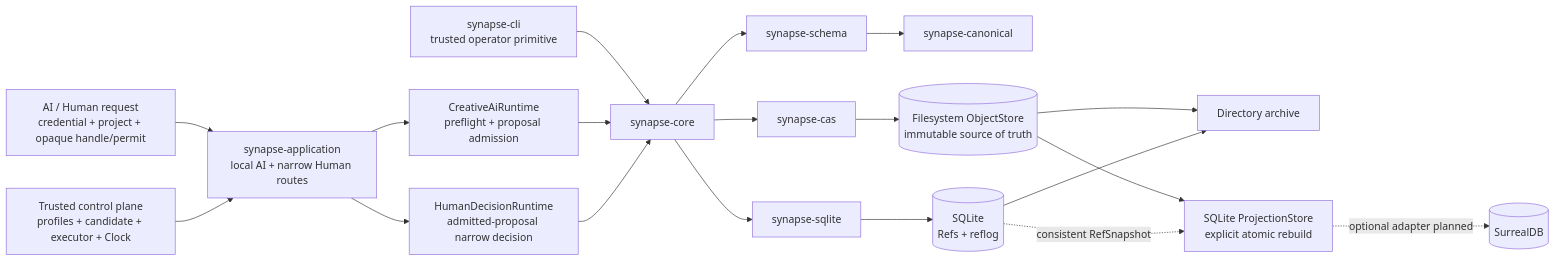
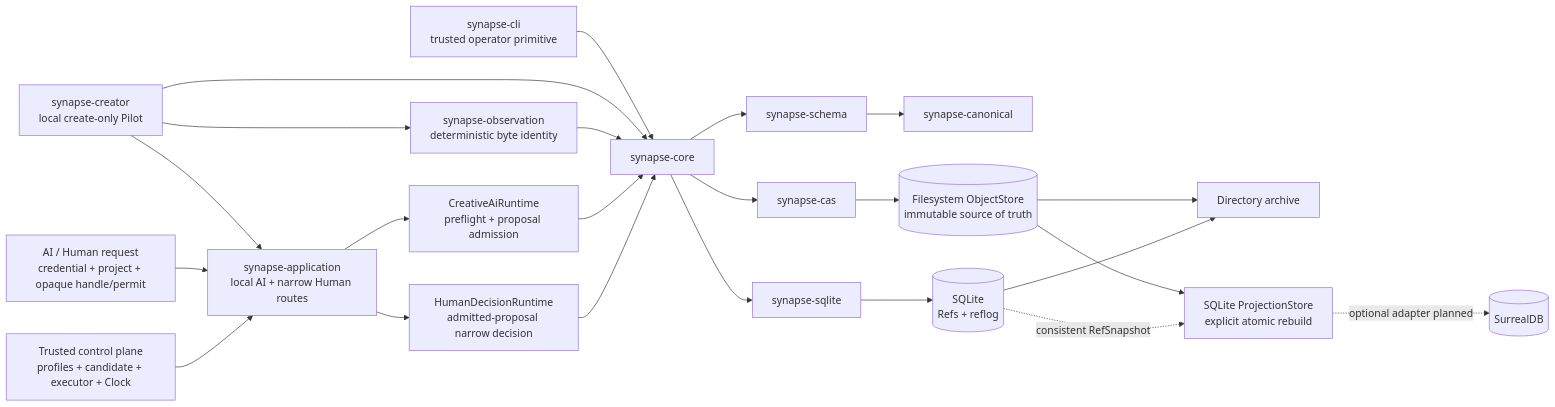
The diagram in docs/runtime_architecture.md (howlrs/synapsegit), drawn with Mermaid before and after one commit. The commit also changed other lines of this file and 16 other files, not shown here.

````diff
--- a/docs/runtime_architecture.md
+++ b/docs/runtime_architecture.md
@@ -11,21 +11,25 @@
 ```mermaid
 flowchart LR
     CLI["synapse-cli<br/>trusted operator primitive"] --> CORE[synapse-core]
+    CREATOR["synapse-creator<br/>local create-only Pilot"] --> OBS["synapse-observation<br/>deterministic byte identity"]
+    CREATOR --> APP
+    CREATOR --> CORE
+    OBS --> CORE
     REQUEST["AI / Human request<br/>credential + project + opaque handle/permit"] --> APP["synapse-application<br/>local AI + narrow Human routes"]
     CONTROL["Trusted control plane<br/>profiles + candidate + executor + Clock"] --> APP
     APP --> AIR["CreativeAiRuntime<br/>preflight + proposal admission"]
     APP --> HUMAN["HumanDecisionRuntime<br/>admitted-proposal narrow decision"]
     AIR --> CORE
     HUMAN --> CORE
     CORE --> SCHEMA[synapse-schema]
     SCHEMA --> CANON[synapse-canonical]
     CORE --> CAS[synapse-cas]
     CORE --> REF[synapse-sqlite]
     CAS --> STORE[(Filesystem ObjectStore<br/>immutable source of truth)]
     REF --> DB[(SQLite<br/>Refs + reflog)]
     STORE --> ARCHIVE[Directory archive]
     DB --> ARCHIVE
     STORE --> PROJ["SQLite ProjectionStore<br/>explicit atomic rebuild"]
     DB -. consistent RefSnapshot .-> PROJ
     PROJ -. optional adapter planned .-> SURREAL[(SurrealDB)]
 ```
````
